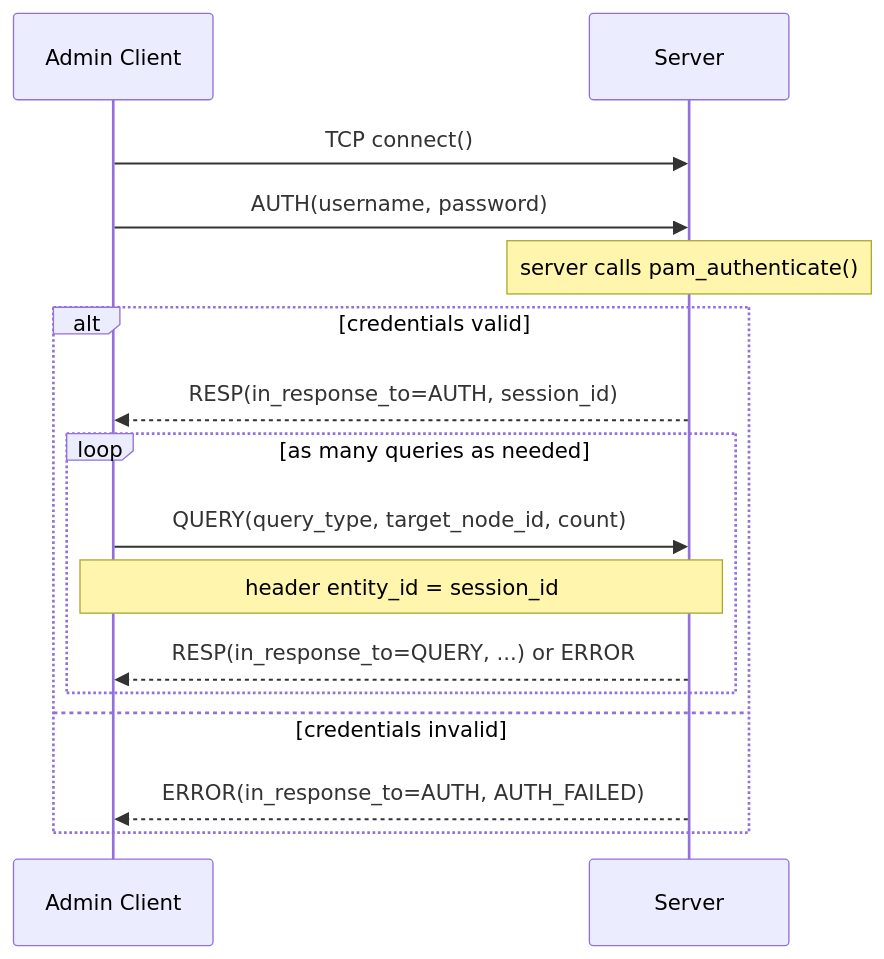
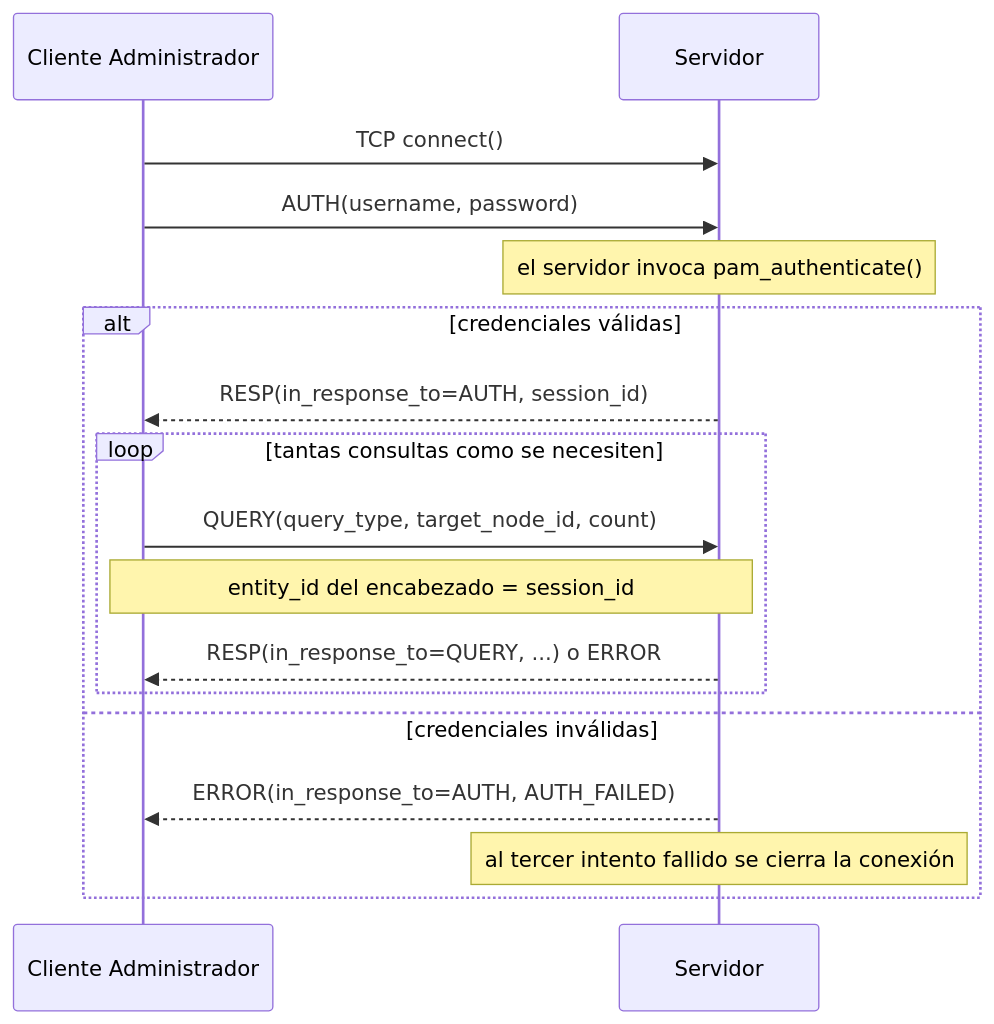
The second of 4 diagrams in docs/sequence-diagrams.md (felipegtech/monitoring-control-system), drawn with Mermaid before and after one commit. The commit also changed other lines of this file and 8 other files, not shown here.

````diff
--- a/docs/sequence-diagrams.md
+++ b/docs/sequence-diagrams.md
@@ -43,20 +45,21 @@
 ```mermaid
 sequenceDiagram
-    participant C as Admin Client
-    participant S as Server
+    participant C as Cliente Administrador
+    participant S as Servidor
 
     C->>S: TCP connect()
     C->>S: AUTH(username, password)
-    Note over S: server calls pam_authenticate()
+    Note over S: el servidor invoca pam_authenticate()
 
-    alt credentials valid
+    alt credenciales válidas
         S-->>C: RESP(in_response_to=AUTH, session_id)
-        loop as many queries as needed
+        loop tantas consultas como se necesiten
             C->>S: QUERY(query_type, target_node_id, count)
-            Note over C,S: header entity_id = session_id
-            S-->>C: RESP(in_response_to=QUERY, ...) or ERROR
+            Note over C,S: entity_id del encabezado = session_id
+            S-->>C: RESP(in_response_to=QUERY, ...) o ERROR
         end
-    else credentials invalid
+    else credenciales inválidas
         S-->>C: ERROR(in_response_to=AUTH, AUTH_FAILED)
+        Note over S: al tercer intento fallido se cierra la conexión
     end
 ```
````
